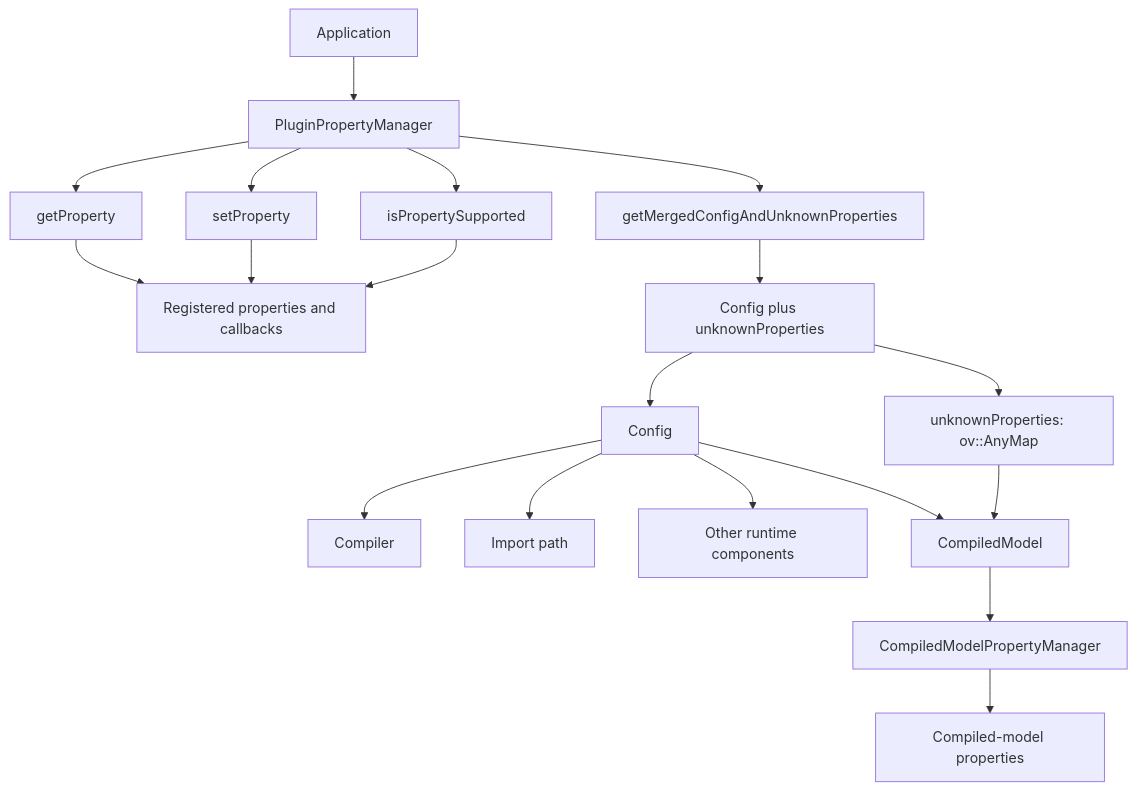
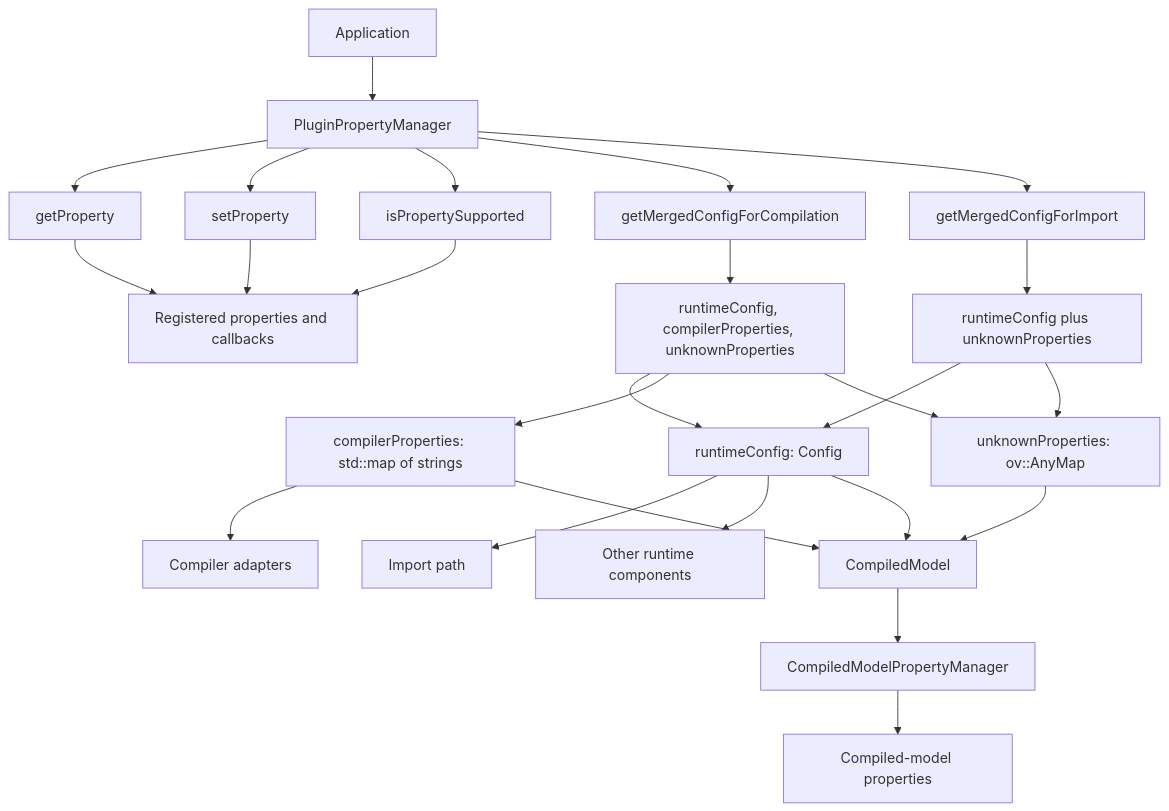
One commit to openvinotoolkit/openvino changed the diagram in src/plugins/intel_npu/docs/npu-properties-howto.md. Above: the diagram before and after it, drawn with Mermaid. The commit also changed other lines of this file and 25 other files, not shown here.

Commit message:
Send compiler config to the compiler adapters

````diff
--- a/src/plugins/intel_npu/docs/npu-properties-howto.md
+++ b/src/plugins/intel_npu/docs/npu-properties-howto.md
@@ -67,25 +67,32 @@
 ```mermaid
 flowchart TD
     A[Application] --> B[PluginPropertyManager]
 
     B --> C[getProperty]
     B --> D[setProperty]
     B --> E[isPropertySupported]
     C --> F[Registered properties and callbacks]
     D --> F
     E --> F
 
-    B --> G[getMergedConfigAndUnknownProperties]
-    G --> H[Config plus unknownProperties]
-    H --> I[Config]
+    B --> G[getMergedConfigForCompilation]
+    G --> H[runtimeConfig, compilerProperties, unknownProperties]
+    H --> I[runtimeConfig: Config]
+    H --> Q[compilerProperties: std::map of strings]
     H --> J[unknownProperties: ov::AnyMap]
 
-    I --> K[Compiler]
+    B --> R[getMergedConfigForImport]
+    R --> S[runtimeConfig plus unknownProperties]
+    S --> I
+    S --> J
+
+    Q --> K[Compiler adapters]
     I --> L[Import path]
     I --> M[Other runtime components]
 
     I --> N[CompiledModel]
+    Q --> N
     J --> N
     N --> O[CompiledModelPropertyManager]
     O --> P[Compiled-model properties]
 ```
````
